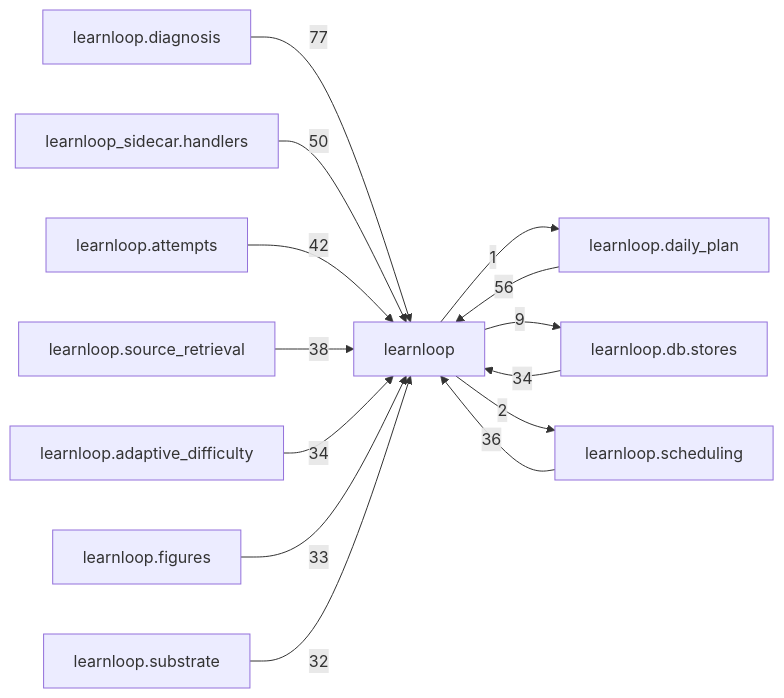
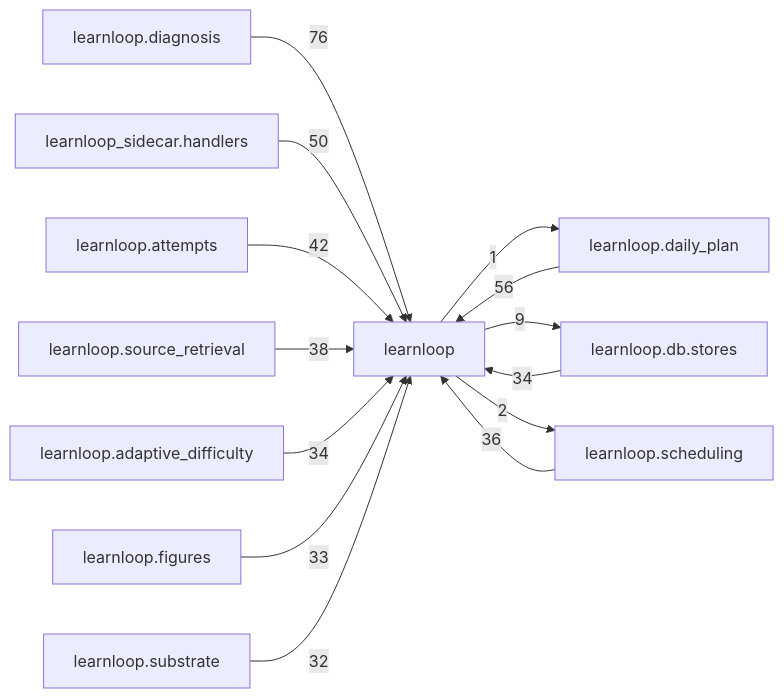
The diagram in docs/learnloop-architecture-vault/Reference/Modules/learnloop/_package.md (6up-b/learnanything), drawn with Mermaid before and after one commit. The commit also changed other lines of this file and 52 other files, not shown here.

````diff
--- a/docs/learnloop-architecture-vault/Reference/Modules/learnloop/_package.md
+++ b/docs/learnloop-architecture-vault/Reference/Modules/learnloop/_package.md
@@ -259,27 +259,27 @@
 ```mermaid
 flowchart LR
     center["learnloop"]
     n_learnloop_diagnosis["learnloop.diagnosis"]
     n_learnloop_daily_plan["learnloop.daily_plan"]
     n_learnloop_sidecar_handlers["learnloop_sidecar.handlers"]
     n_learnloop_db_stores["learnloop.db.stores"]
     n_learnloop_attempts["learnloop.attempts"]
     n_learnloop_scheduling["learnloop.scheduling"]
     n_learnloop_source_retrieval["learnloop.source_retrieval"]
     n_learnloop_adaptive_difficulty["learnloop.adaptive_difficulty"]
     n_learnloop_figures["learnloop.figures"]
     n_learnloop_substrate["learnloop.substrate"]
-    n_learnloop_diagnosis -->|77| center
+    n_learnloop_diagnosis -->|76| center
     n_learnloop_daily_plan -->|56| center
     center -->|1| n_learnloop_daily_plan
     n_learnloop_sidecar_handlers -->|50| center
     n_learnloop_db_stores -->|34| center
     center -->|9| n_learnloop_db_stores
     n_learnloop_attempts -->|42| center
     n_learnloop_scheduling -->|36| center
     center -->|2| n_learnloop_scheduling
     n_learnloop_source_retrieval -->|38| center
     n_learnloop_adaptive_difficulty -->|34| center
     n_learnloop_figures -->|33| center
     n_learnloop_substrate -->|32| center
 ```
````
